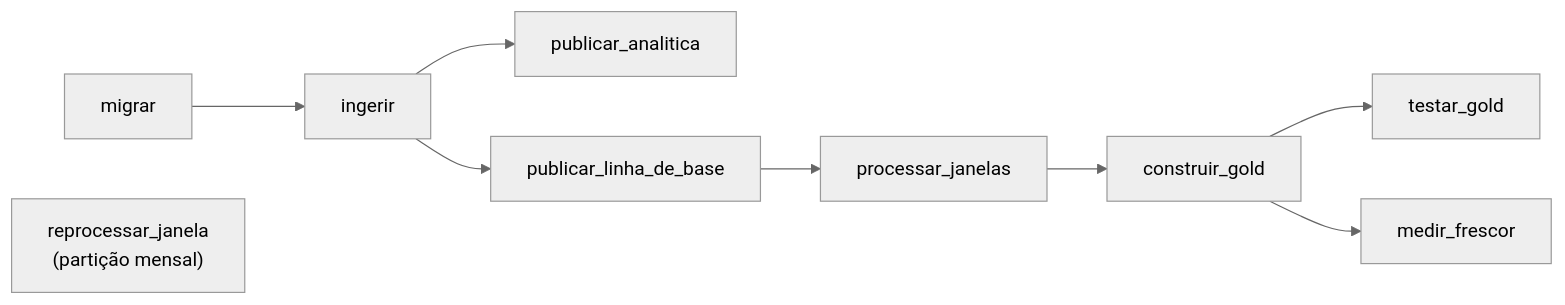
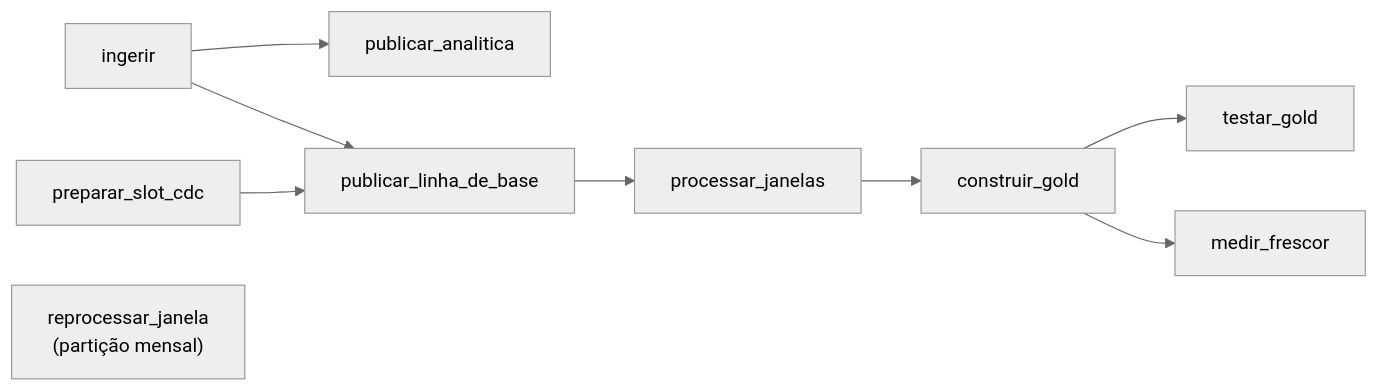
The diagram in docs/orquestracao.md (daviegito/bd2_2026_2_eduinfra), drawn with Mermaid (neutral theme) before and after one commit. The commit also changed other lines of this file and 250 other files, not shown here.

````diff
--- a/docs/orquestracao.md
+++ b/docs/orquestracao.md
@@ -16,11 +18,13 @@
 ```mermaid
 flowchart LR
-    MIGRAR["migrar"] --> INGERIR["ingerir"]
+    INGERIR["ingerir"]
+    SLOT["preparar_slot_cdc"]
     INGERIR --> ANALITICA["publicar_analitica"]
     INGERIR --> BASE["publicar_linha_de_base"]
+    SLOT --> BASE
     BASE --> JANELAS["processar_janelas"]
     JANELAS --> GOLD["construir_gold"]
     GOLD --> TESTES["testar_gold"]
     GOLD --> FRESCOR["medir_frescor"]
     REPROC["reprocessar_janela<br/>(partição mensal)"]
 ```
````
